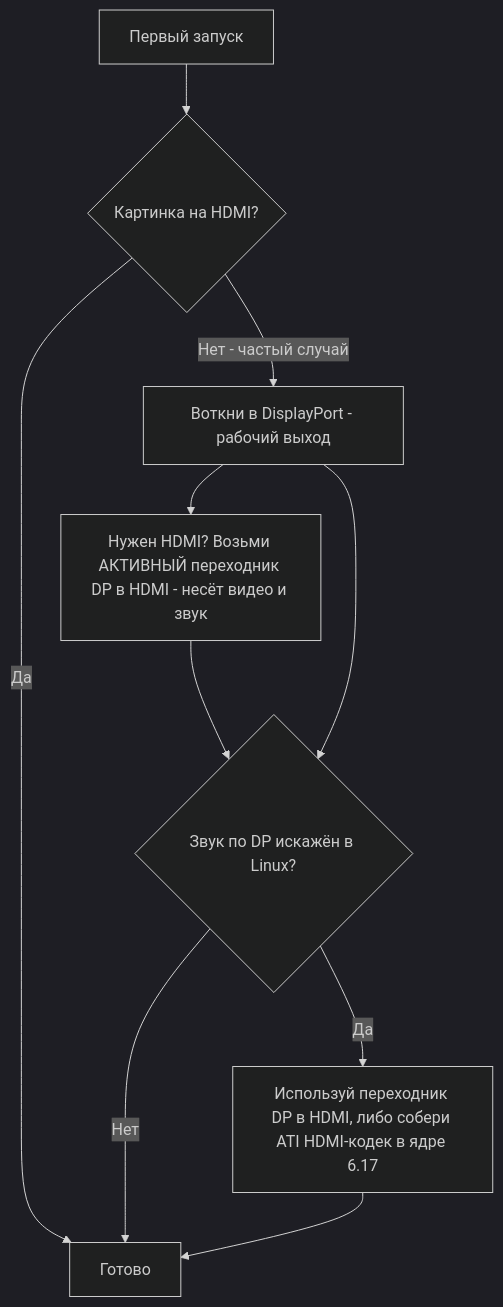
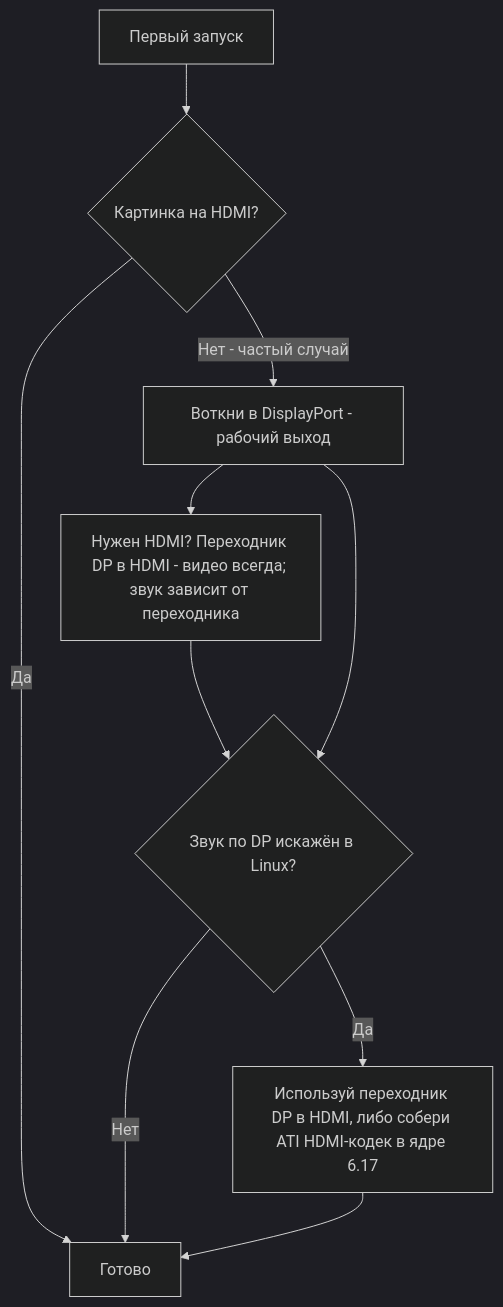
The diagram in docs/ru/14-display.md (kalpakprod/awesome-bc250), drawn with Mermaid (dark theme) before and after one commit. The commit also changed other lines of this file and 9 other files, not shown here.

````diff
--- a/docs/ru/14-display.md
+++ b/docs/ru/14-display.md
@@ -18,12 +18,12 @@
 ```mermaid
 flowchart TD
     A["Первый запуск"] --> B{"Картинка на HDMI?"}
     B -->|"Нет - частый случай"| C["Воткни в DisplayPort - рабочий выход"]
     B -->|"Да"| Z["Готово"]
-    C --> D["Нужен HDMI? Возьми АКТИВНЫЙ переходник DP в HDMI - несёт видео и звук"]
+    C --> D["Нужен HDMI? Переходник DP в HDMI - видео всегда; звук зависит от переходника"]
     D --> E{"Звук по DP искажён в Linux?"}
     C --> E
     E -->|"Да"| F["Используй переходник DP в HDMI, либо собери ATI HDMI-кодек в ядре 6.17"]
     E -->|"Нет"| Z
     F --> Z
 ```
````
